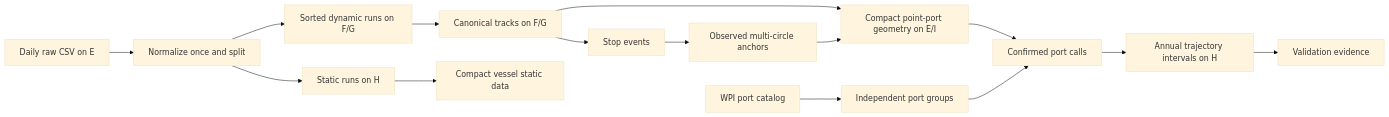
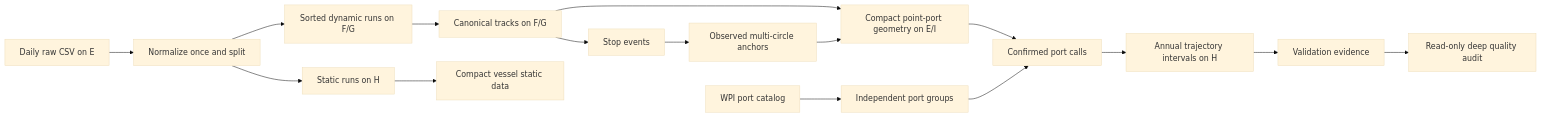
The diagram in docs/pipeline.md (Stardyst/ExtractAIS), drawn with Mermaid (base theme) before and after one commit. The commit also changed other lines of this file and 11 other files, not shown here.

Commit message:
Add deep AIS quality audit

````diff
--- a/docs/pipeline.md
+++ b/docs/pipeline.md
@@ -15,17 +15,18 @@
 ```mermaid
 flowchart LR
   RAW["Daily raw CSV on E"] --> ING["Normalize once and split"]
   ING --> DR["Sorted dynamic runs on F/G"]
   ING --> SR["Static runs on H"]
   DR --> TR["Canonical tracks on F/G"]
   SR --> VS["Compact vessel static data"]
   TR --> ST["Stop events"]
   ST --> AN["Observed multi-circle anchors"]
   WPI["WPI port catalog"] --> PG["Independent port groups"]
   TR --> GE["Compact point-port geometry on E/I"]
   AN --> GE
   GE --> CA["Confirmed port calls"]
   PG --> CA
   CA --> IV["Annual trajectory intervals on H"]
   IV --> VA["Validation evidence"]
+  VA --> QA["Read-only deep quality audit"]
 ```
````
